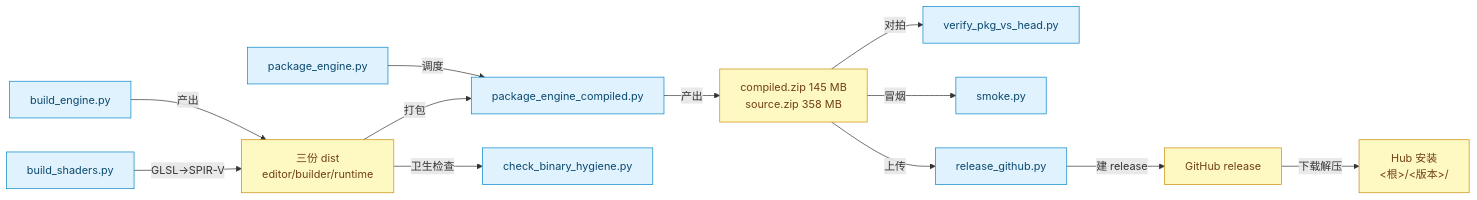
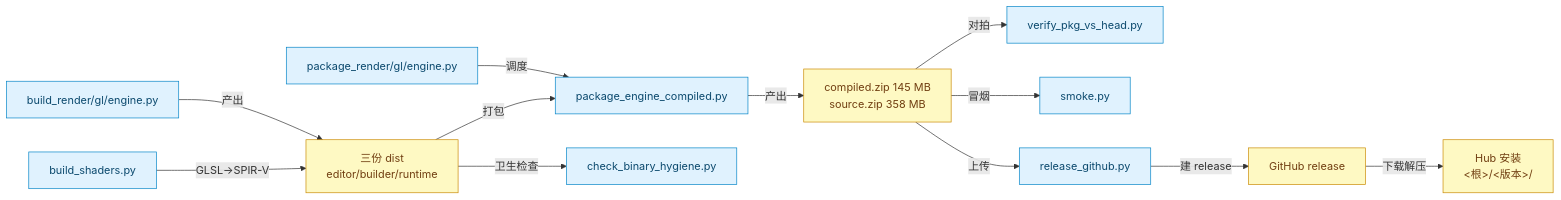
Diagram 11 of 23 in ARCHITECTURE.md (lhy302/WeaveEngine), drawn with Mermaid before and after one commit. The commit also changed other lines of this file and 97 other files, not shown here.

````diff
--- a/ARCHITECTURE.md
+++ b/ARCHITECTURE.md
@@ -479,28 +479,28 @@
 ```mermaid
 flowchart LR
-  B1["build_engine.py"]:::tool
+  B1["build_render/gl/engine.py"]:::tool
   B2["build_shaders.py"]:::tool
   P1["package_engine_compiled.py"]:::tool
-  P2["package_engine.py"]:::tool
+  P2["package_render/gl/engine.py"]:::tool
   V1["verify_pkg_vs_head.py"]:::tool
   V2["smoke.py"]:::tool
   V3["check_binary_hygiene.py"]:::tool
   R1["release_github.py"]:::tool
   O1["三份 dist<br/>editor/builder/runtime"]:::external
   O2["compiled.zip 145 MB<br/>source.zip 358 MB"]:::external
   O3["GitHub release"]:::external
   O4["Hub 安装<br/><根>/<版本>/"]:::external
   B1 -->|产出| O1
   B2 -->|GLSL→SPIR-V| O1
   O1 -->|打包| P1
   P2 -->|调度| P1
   P1 -->|产出| O2
   O2 -->|对拍| V1
   O2 -->|冒烟| V2
   O1 -->|卫生检查| V3
   O2 -->|上传| R1
   R1 -->|建 release| O3
   O3 -->|下载解压| O4
   classDef tool fill:#e0f2fe,stroke:#0284c7,color:#0c4a6e
   classDef external fill:#fef9c3,stroke:#ca8a04,color:#713f12
 ```
````
